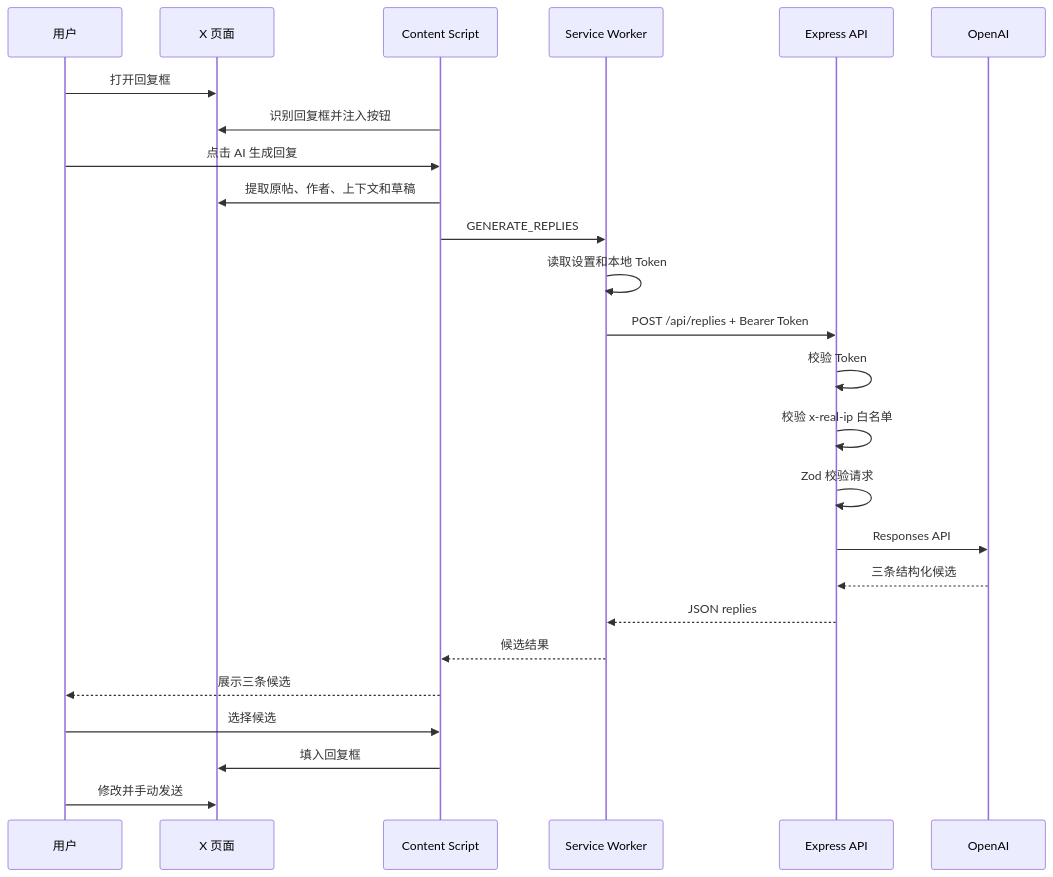
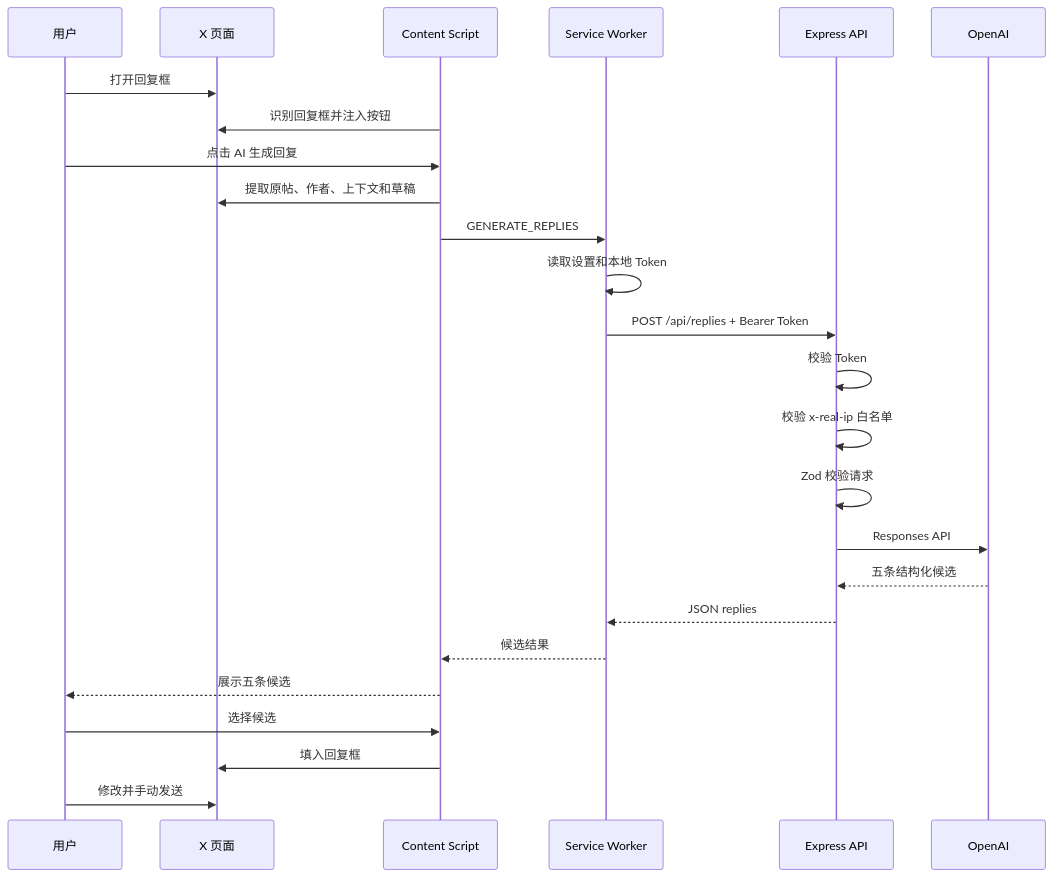
Before and after one commit to Harries/xleave: the second of 2 diagrams in docs/ARCHITECTURE.zh-CN.md, drawn with Mermaid. The commit also changed other lines of this file and 7 other files, not shown here.

````diff
--- a/docs/ARCHITECTURE.zh-CN.md
+++ b/docs/ARCHITECTURE.zh-CN.md
@@ -489,28 +500,28 @@
 ```mermaid
 sequenceDiagram
     participant User as 用户
     participant X as X 页面
     participant CS as Content Script
     participant SW as Service Worker
     participant API as Express API
     participant AI as OpenAI
 
     User->>X: 打开回复框
     CS->>X: 识别回复框并注入按钮
     User->>CS: 点击 AI 生成回复
     CS->>X: 提取原帖、作者、上下文和草稿
     CS->>SW: GENERATE_REPLIES
     SW->>SW: 读取设置和本地 Token
     SW->>API: POST /api/replies + Bearer Token
     API->>API: 校验 Token
     API->>API: 校验 x-real-ip 白名单
     API->>API: Zod 校验请求
     API->>AI: Responses API
-    AI-->>API: 三条结构化候选
+    AI-->>API: 五条结构化候选
     API-->>SW: JSON replies
     SW-->>CS: 候选结果
-    CS-->>User: 展示三条候选
+    CS-->>User: 展示五条候选
     User->>CS: 选择候选
     CS->>X: 填入回复框
     User->>X: 修改并手动发送
 ```
````
